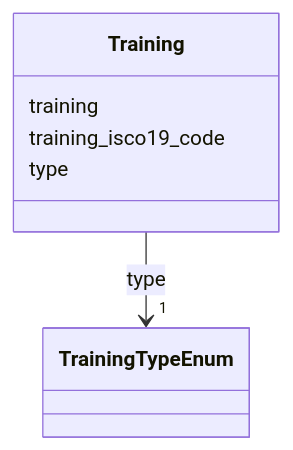
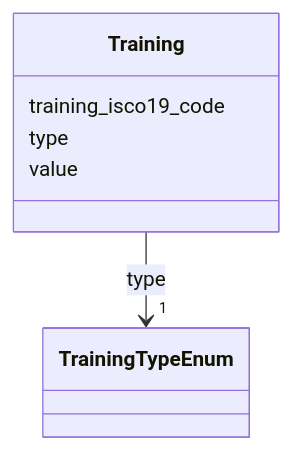
Before and after one commit to swiss/political-affairs-ech-group: the diagram in ech-0294_actors/output/docs/Training.md, drawn with Mermaid. The commit also changed other lines of this file and 36 other files, not shown here.

````diff
--- a/ech-0294_actors/output/docs/Training.md
+++ b/ech-0294_actors/output/docs/Training.md
@@ -13,21 +13,21 @@
 ```mermaid
  classDiagram
     class Training
     click Training href "../Training/"
-      Training : training
-        
       Training : training_isco19_code
         
       Training : type
         
           
     
         
         
         Training --> "1" TrainingTypeEnum : type
         click TrainingTypeEnum href "../TrainingTypeEnum/"
     
 
         
+      Training : value
+        
       
 ```
````
